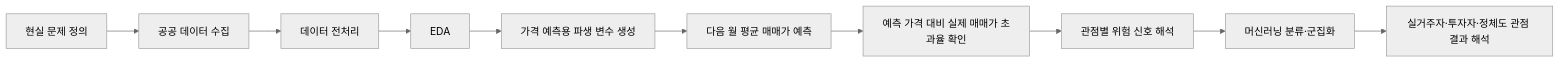
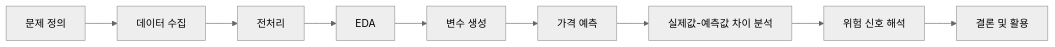
One commit to shiwjz/RealEstate-Risk-Radar changed the diagram in readme.md. Above: the diagram before and after it, drawn with Mermaid (neutral theme). The commit also changed other lines of this file and 61 other files, not shown here.

````diff
--- a/readme.md
+++ b/readme.md
@@ -56,12 +52,11 @@
 ```mermaid
-flowchart LR 
-    A[현실 문제 정의] --> B[공공 데이터 수집] 
-    B --> C[데이터 전처리] 
-    C --> D[EDA] 
-    D --> E[가격 예측용 파생 변수 생성] 
-    E --> F[다음 월 평균 매매가 예측]
-    F --> G[예측 가격 대비 실제 매매가 초과율 확인] 
-    G --> H[관점별 위험 신호 해석] 
-    H --> I[머신러닝 분류·군집화] 
-    I --> J[실거주자·투자자·정체도 관점 결과 해석]
+flowchart LR
+    A[문제 정의] --> B[데이터 수집]
+    B --> C[전처리]
+    C --> D[EDA]
+    D --> E[변수 생성]
+    E --> F[가격 예측]
+    F --> G[실제값-예측값 차이 분석]
+    G --> H[위험 신호 해석]
+    H --> I[결론 및 활용]
 ```
````
